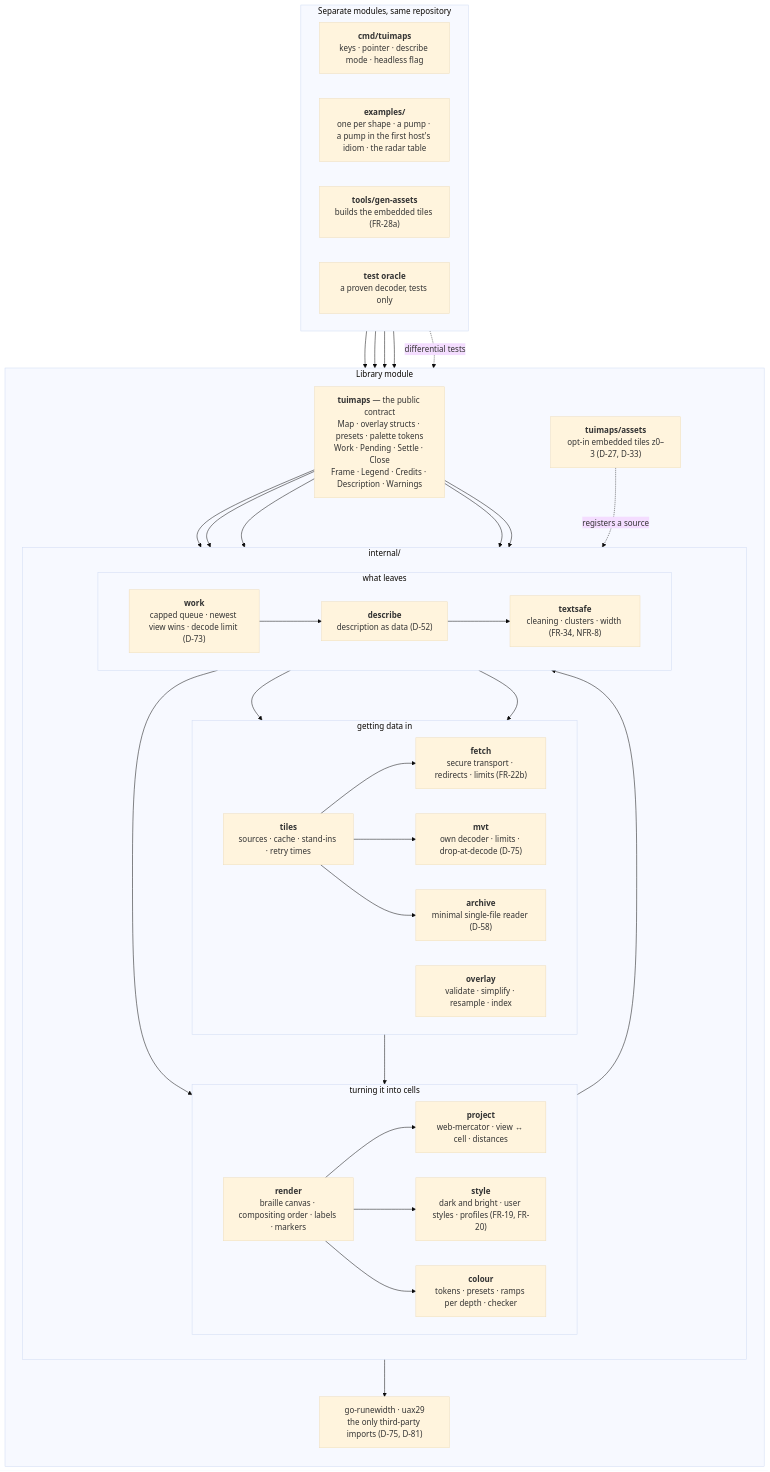
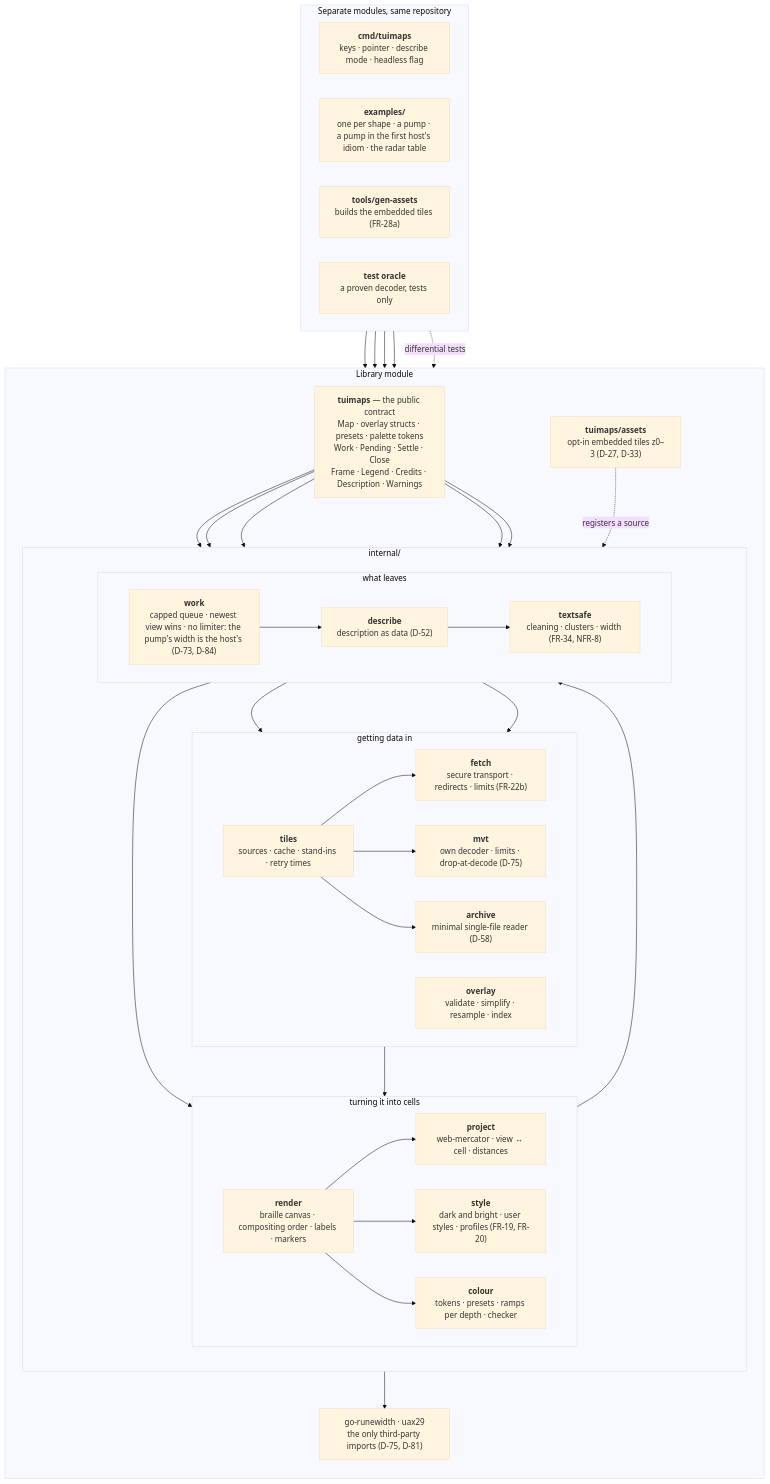
One commit to branden-thompson/go-tuimaps changed the second of 3 diagrams in 06_docs/02_features/go-tuimaps/03-architecture-design/architecture.md. Above: the diagram before and after it, drawn with Mermaid (base theme). The commit also changed 7 other files, not shown here.

First line of the commit message:
docs(plan): ruling D-84 — no decode limiter; the memory peak is the host's, stated two Work calls wide

````diff
--- a/06_docs/02_features/go-tuimaps/03-architecture-design/architecture.md
+++ b/06_docs/02_features/go-tuimaps/03-architecture-design/architecture.md
@@ -103,67 +103,67 @@
 ```mermaid
 flowchart TB
     subgraph LIB["Library module"]
       direction TB
       PUB["<b>tuimaps</b> — the public contract<br/>Map · overlay structs · presets · palette tokens<br/>Work · Pending · Settle · Close<br/>Frame · Legend · Credits · Description · Warnings"]
       ASSETS["<b>tuimaps/assets</b><br/>opt-in embedded tiles z0–3 (D-27, D-33)"]
 
       subgraph INT["internal/"]
         direction TB
         subgraph DATA["getting data in"]
           direction LR
           TILES["<b>tiles</b><br/>sources · cache · stand-ins · retry times"]
           MVT["<b>mvt</b><br/>own decoder · limits · drop-at-decode (D-75)"]
           ARC["<b>archive</b><br/>minimal single-file reader (D-58)"]
           FETCH["<b>fetch</b><br/>secure transport · redirects · limits (FR-22b)"]
           OVR["<b>overlay</b><br/>validate · simplify · resample · index"]
         end
         subgraph DRAW["turning it into cells"]
           direction LR
           PROJ["<b>project</b><br/>web-mercator · view ↔ cell · distances"]
           STYL["<b>style</b><br/>dark and bright · user styles · profiles (FR-19, FR-20)"]
           REN["<b>render</b><br/>braille canvas · compositing order · labels · markers"]
           COL["<b>colour</b><br/>tokens · presets · ramps per depth · checker"]
         end
         subgraph OUTP["what leaves"]
           direction LR
           DESC["<b>describe</b><br/>description as data (D-52)"]
           TXT["<b>textsafe</b><br/>cleaning · clusters · width (FR-34, NFR-8)"]
-          WORKQ["<b>work</b><br/>capped queue · newest view wins · decode limit (D-73)"]
+          WORKQ["<b>work</b><br/>capped queue · newest view wins · no limiter: the pump's width is the host's (D-73, D-84)"]
         end
       end
 
       PUB --> WORKQ
       PUB --> REN
       PUB --> OVR
       PUB --> DESC
       PUB --> COL
       ASSETS -. "registers a source" .-> TILES
       WORKQ --> TILES
       WORKQ --> OVR
       WORKQ --> DESC
       TILES --> FETCH
       TILES --> MVT
       TILES --> ARC
       REN --> PROJ
       REN --> STYL
       REN --> COL
       REN --> TXT
       OVR --> PROJ
       DESC --> PROJ
       DESC --> TXT
       TXT --> DEP["go-runewidth · uax29<br/>the only third-party imports (D-75, D-81)"]
     end
 
     subgraph OUT["Separate modules, same repository"]
       direction LR
       APP["<b>cmd/tuimaps</b><br/>keys · pointer · describe mode · headless flag"]
       EX["<b>examples/</b><br/>one per shape · a pump · a pump in the first host's idiom · the radar table"]
       GEN["<b>tools/gen-assets</b><br/>builds the embedded tiles (FR-28a)"]
       ORA["<b>test oracle</b><br/>a proven decoder, tests only"]
     end
     APP --> PUB
     EX --> PUB
     GEN --> ARC
     GEN --> MVT
     ORA -. "differential tests" .-> MVT
 ```
````
